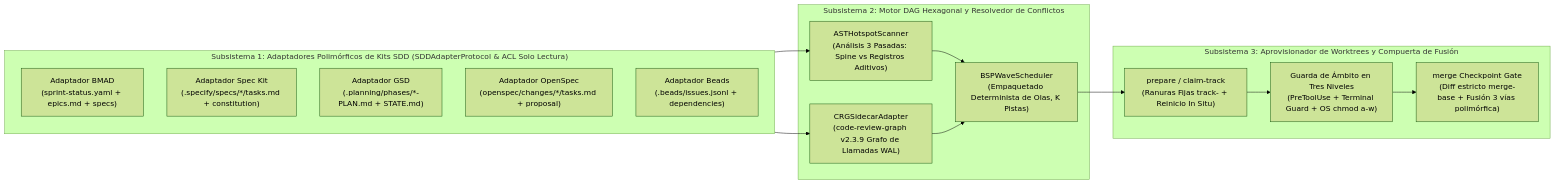
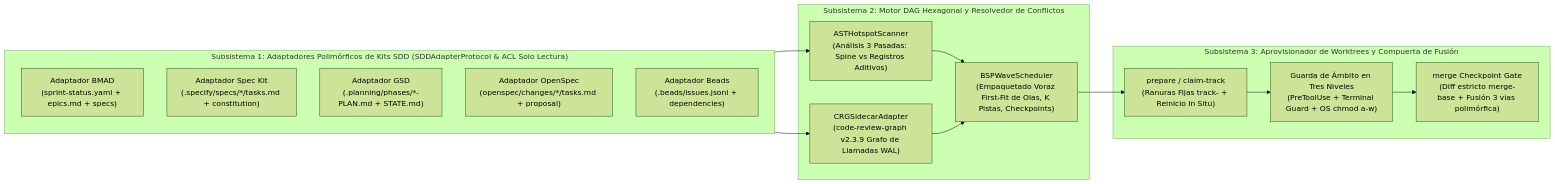
One commit to stopActingSoSmall/sdd-parallel changed the diagram in docs/i18n/es/ARCHITECTURE.md. Above: the diagram before and after it, drawn with Mermaid (forest theme). The commit also changed other lines of this file and 31 other files, not shown here.

````diff
--- a/docs/i18n/es/ARCHITECTURE.md
+++ b/docs/i18n/es/ARCHITECTURE.md
@@ -23,27 +23,27 @@
 ```mermaid
 flowchart LR
     subgraph Adapters["Subsistema 1: Adaptadores Polimórficos de Kits SDD (SDDAdapterProtocol & ACL Solo Lectura)"]
         A1["Adaptador BMAD\n(sprint-status.yaml + epics.md + specs)"]
         A2["Adaptador Spec Kit\n(.specify/specs/*/tasks.md + constitution)"]
         A3["Adaptador GSD\n(.planning/phases/*-PLAN.md + STATE.md)"]
         A4["Adaptador OpenSpec\n(openspec/changes/*/tasks.md + proposal)"]
         A5["Adaptador Beads\n(.beads/issues.jsonl + dependencies)"]
     end
 
     subgraph Engine["Subsistema 2: Motor DAG Hexagonal y Resolvedor de Conflictos"]
         E1["ASTHotspotScanner\n(Análisis 3 Pasadas: Spine vs Registros Aditivos)"]
         E2["CRGSidecarAdapter\n(code-review-graph v2.3.9 Grafo de Llamadas WAL)"]
-        E3["BSPWaveScheduler\n(Empaquetado Determinista de Olas, K Pistas)"]
+        E3["BSPWaveScheduler\n(Empaquetado Voraz First-Fit de Olas, K Pistas, Checkpoints)"]
     end
 
     subgraph Actuation["Subsistema 3: Aprovisionador de Worktrees y Compuerta de Fusión"]
         W1["prepare / claim-track\n(Ranuras Fijas track-<id> + Reinicio In Situ)"]
         W2["Guarda de Ámbito en Tres Niveles\n(PreToolUse + Terminal Guard + OS chmod a-w)"]
         W3["merge Checkpoint Gate\n(Diff estricto merge-base + Fusión 3 vías polimórfica)"]
     end
 
     Adapters --> E1 & E2
     E1 & E2 --> E3
     E3 --> W1
     W1 --> W2 --> W3
 ```
````
